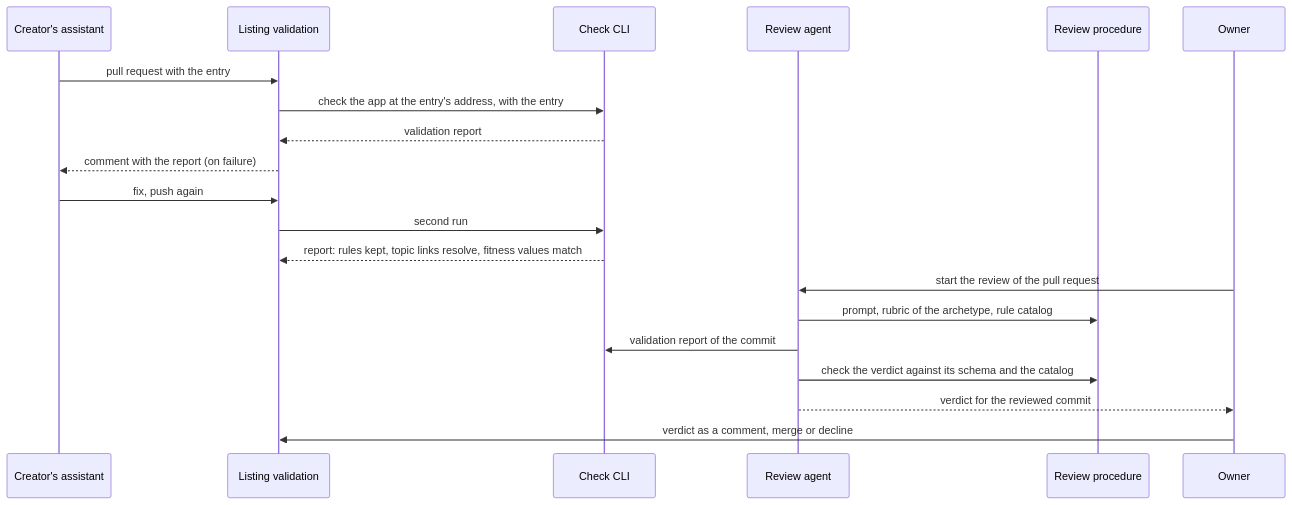
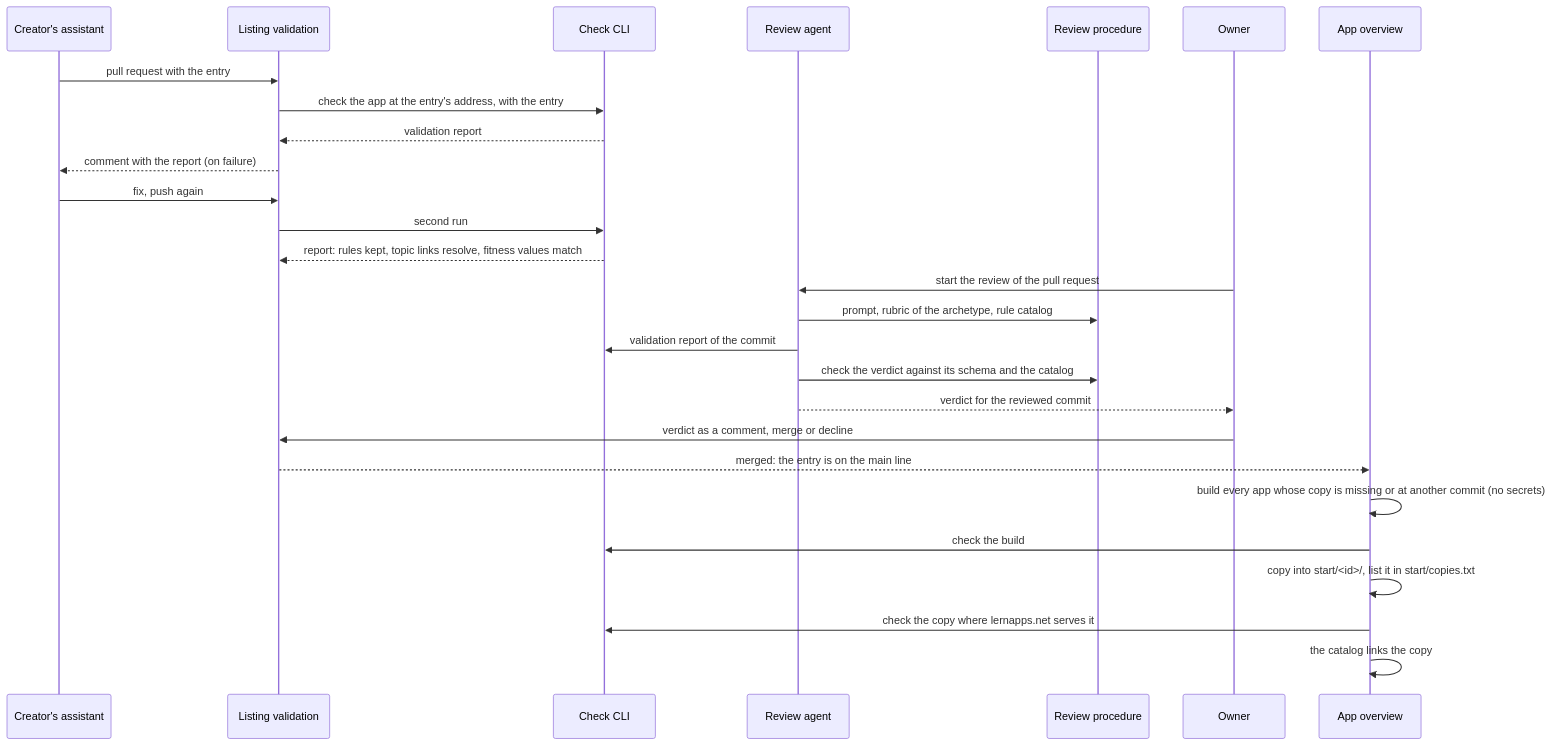
Before and after one commit to lernapps/tooling: the third of 5 diagrams in docs/arc42/06-runtime-view.arc42.md, drawn with Mermaid. The commit also changed other lines of this file and 7 other files, not shown here.

First line of the commit message:
docs: the app overview as an external system; how a new version reaches the copy

````diff
--- a/docs/arc42/06-runtime-view.arc42.md
+++ b/docs/arc42/06-runtime-view.arc42.md
@@ -134,22 +136,29 @@
 ```mermaid
 sequenceDiagram
     participant assistant as Creator's assistant
     participant listing as Listing validation
     participant check as Check CLI
     participant review as Review agent
     participant procedure as Review procedure
     participant owner as Owner
+    participant overview as App overview
     assistant->>listing: pull request with the entry
     listing->>check: check the app at the entry's address, with the entry
     check-->>listing: validation report
     listing-->>assistant: comment with the report (on failure)
     assistant->>listing: fix, push again
     listing->>check: second run
     check-->>listing: report: rules kept, topic links resolve, fitness values match
     owner->>review: start the review of the pull request
     review->>procedure: prompt, rubric of the archetype, rule catalog
     review->>check: validation report of the commit
     review->>procedure: check the verdict against its schema and the catalog
     review-->>owner: verdict for the reviewed commit
     owner->>listing: verdict as a comment, merge or decline
+    listing-->>overview: merged: the entry is on the main line
+    overview->>overview: build every app whose copy is missing or at another commit (no secrets)
+    overview->>check: check the build
+    overview->>overview: copy into start/<id>/, list it in start/copies.txt
+    overview->>check: check the copy where lernapps.net serves it
+    overview->>overview: the catalog links the copy
 ```
````
